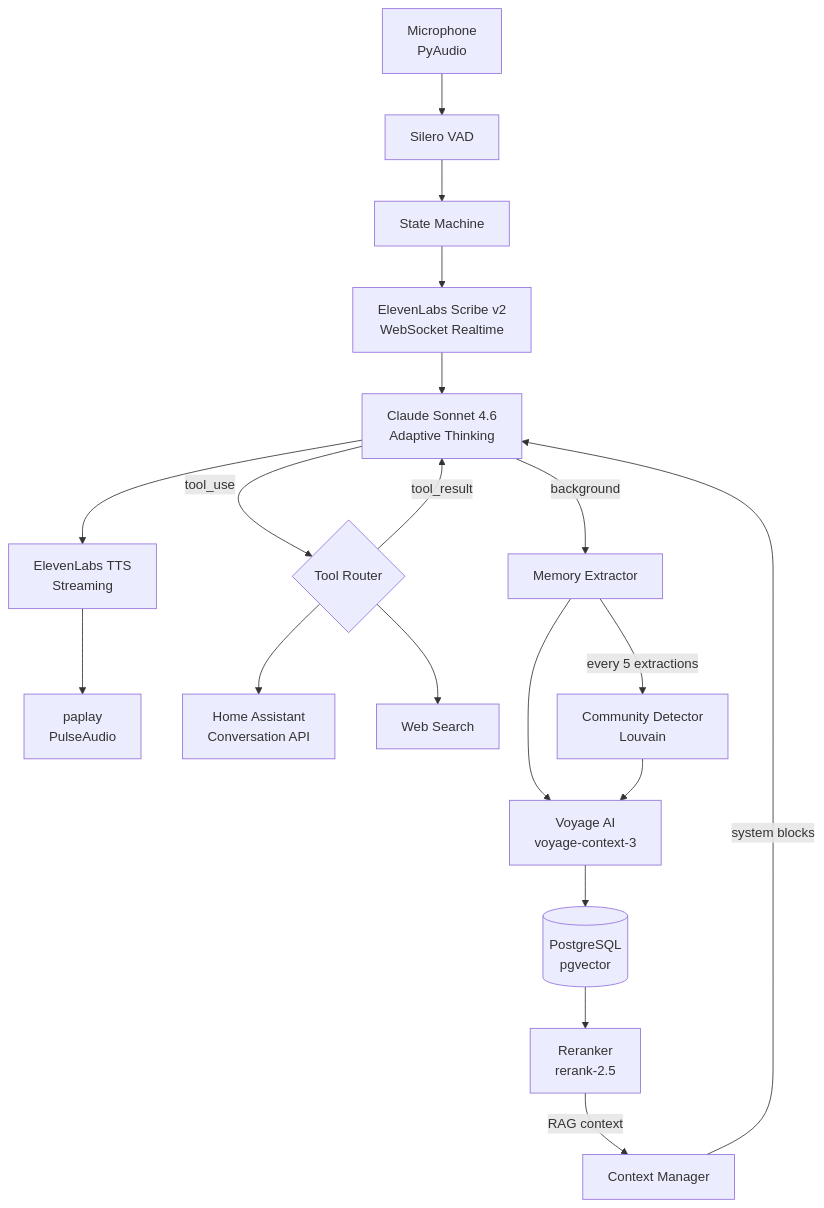
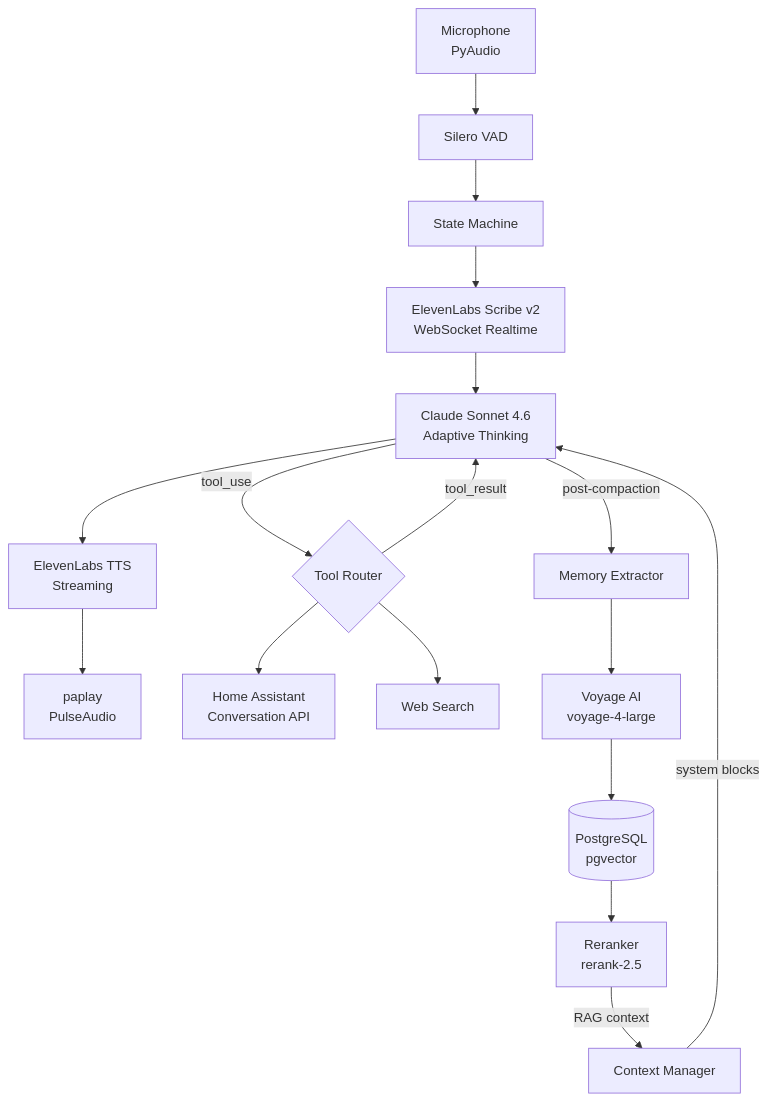
Before and after one commit to NorthProt-Inc/prot: the first of 2 diagrams in README.md, drawn with Mermaid. The commit also changed other lines of this file, not shown here.

Commit message:
docs: update README.md for compaction-driven memory architecture

````diff
--- a/README.md
+++ b/README.md
@@ -25,22 +24,20 @@
 ```mermaid
 graph TD
     MIC[Microphone<br/>PyAudio] --> VAD[Silero VAD]
     VAD --> SM[State Machine]
     SM --> STT[ElevenLabs Scribe v2<br/>WebSocket Realtime]
     STT --> LLM[Claude Sonnet 4.6<br/>Adaptive Thinking]
     LLM --> TTS[ElevenLabs TTS<br/>Streaming]
     TTS --> PLAY[paplay<br/>PulseAudio]
 
     LLM -->|tool_use| TOOLS{Tool Router}
     TOOLS --> HASS[Home Assistant<br/>Conversation API]
     TOOLS --> WEB[Web Search]
     TOOLS -->|tool_result| LLM
 
-    LLM -->|background| MEM[Memory Extractor]
-    MEM --> EMB[Voyage AI<br/>voyage-context-3]
+    LLM -->|post-compaction| MEM[Memory Extractor]
+    MEM --> EMB[Voyage AI<br/>voyage-4-large]
     EMB --> DB[(PostgreSQL<br/>pgvector)]
-    MEM -->|every 5 extractions| COMM[Community Detector<br/>Louvain]
-    COMM --> EMB
     DB --> RERANK[Reranker<br/>rerank-2.5] -->|RAG context| CTX[Context Manager]
     CTX -->|system blocks| LLM
 ```
````
